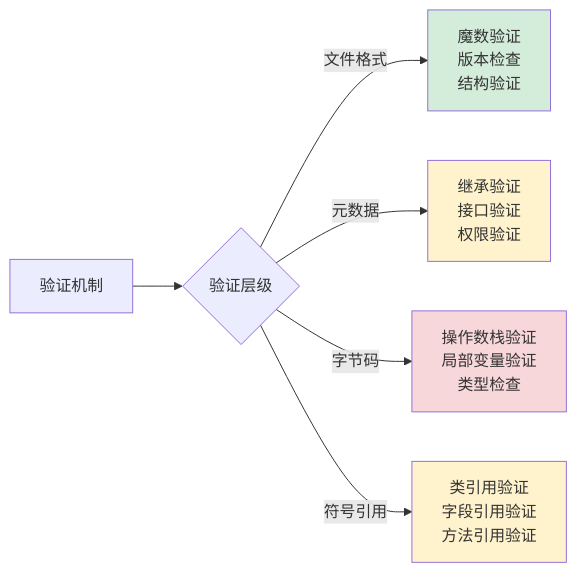
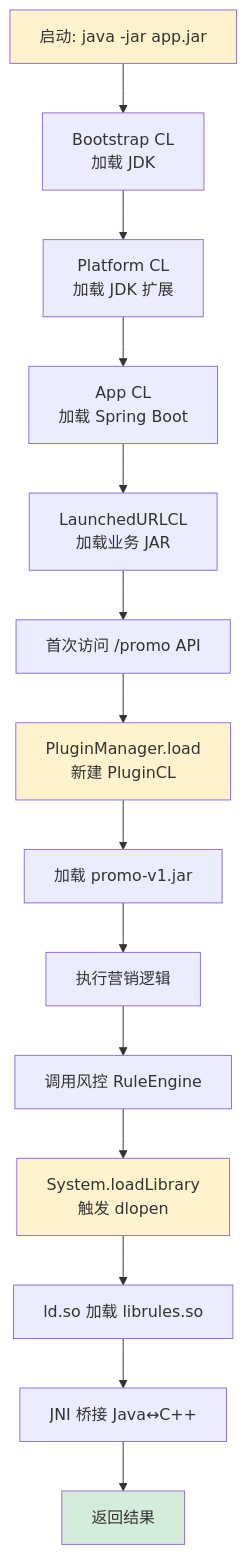
Before and after one commit to chongyang211/YCBookBlog: diagram 14 of 15 in docs/10.专栏/02.程序编程原理/03.运行时模型/01.类的加载核心原理.md, drawn with Mermaid. The commit also changed other lines of this file and 34 other files, not shown here.

````diff
--- a/docs/10.专栏/02.程序编程原理/03.运行时模型/01.类的加载核心原理.md
+++ b/docs/10.专栏/02.程序编程原理/03.运行时模型/01.类的加载核心原理.md
@@ -2329,13 +1551,21 @@
 ```mermaid
-graph LR
-    A[验证机制] --> B{验证层级}
-    B -->|文件格式| C[魔数验证<br/>版本检查<br/>结构验证]
-    B -->|元数据| D[继承验证<br/>接口验证<br/>权限验证]
-    B -->|字节码| E[操作数栈验证<br/>局部变量验证<br/>类型检查]
-    B -->|符号引用| F[类引用验证<br/>字段引用验证<br/>方法引用验证]
-    
-    style C fill:#d4edda
-    style D fill:#fff3cd
-    style E fill:#f8d7da
-    style F fill:#fff3cd
+flowchart TB
+    A[启动: java -jar app.jar] --> B[Bootstrap CL<br/>加载 JDK]
+    B --> C[Platform CL<br/>加载 JDK 扩展]
+    C --> D[App CL<br/>加载 Spring Boot]
+    D --> E[LaunchedURLCL<br/>加载业务 JAR]
+    E --> F[首次访问 /promo API]
+    F --> G[PluginManager.load<br/>新建 PluginCL]
+    G --> H[加载 promo-v1.jar]
+    H --> I[执行营销逻辑]
+    I --> J[调用风控 RuleEngine]
+    J --> K[System.loadLibrary<br/>触发 dlopen]
+    K --> L[ld.so 加载 librules.so]
+    L --> M[JNI 桥接 Java↔C++]
+    M --> N[返回结果]
+
+    style A fill:#fff3cd
+    style G fill:#fff3cd
+    style K fill:#fff3cd
+    style N fill:#d4edda
 ```
````
